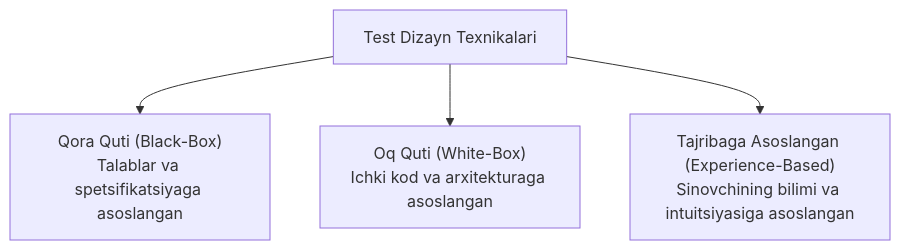
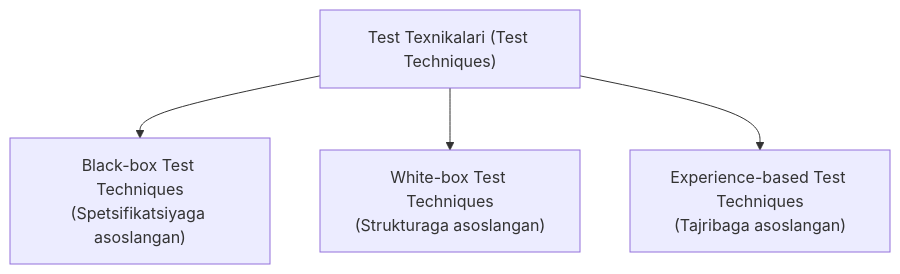
Before and after one commit to Ergashov15/qa-uzbekistan: the first of 10 diagrams in app/docs/istqb-foundation/test-analysis-and-design/page.mdx, drawn with Mermaid. The commit also changed other lines of this file and 5 other files, not shown here.

````diff
--- a/app/docs/istqb-foundation/test-analysis-and-design/page.mdx
+++ b/app/docs/istqb-foundation/test-analysis-and-design/page.mdx
@@ -13,6 +24,7 @@
 ```mermaid
 flowchart TD
-    TDT["Test Dizayn Texnikalari"] --> BB["Qora Quti (Black-Box)\nTalablar va spetsifikatsiyaga asoslangan"]
-    TDT --> WB["Oq Quti (White-Box)\nIchki kod va arxitekturaga asoslangan"]
-    TDT --> EB["Tajribaga Asoslangan (Experience-Based)\nSinovchining bilimi va intuitsiyasiga asoslangan"]
+    TDT["Test Texnikalari (Test Techniques)"]
+    TDT --> BB["Black-box Test Techniques\n(Spetsifikatsiyaga asoslangan)"]
+    TDT --> WB["White-box Test Techniques\n(Strukturaga asoslangan)"]
+    TDT --> EB["Experience-based Test Techniques\n(Tajribaga asoslangan)"]
 ```
````
